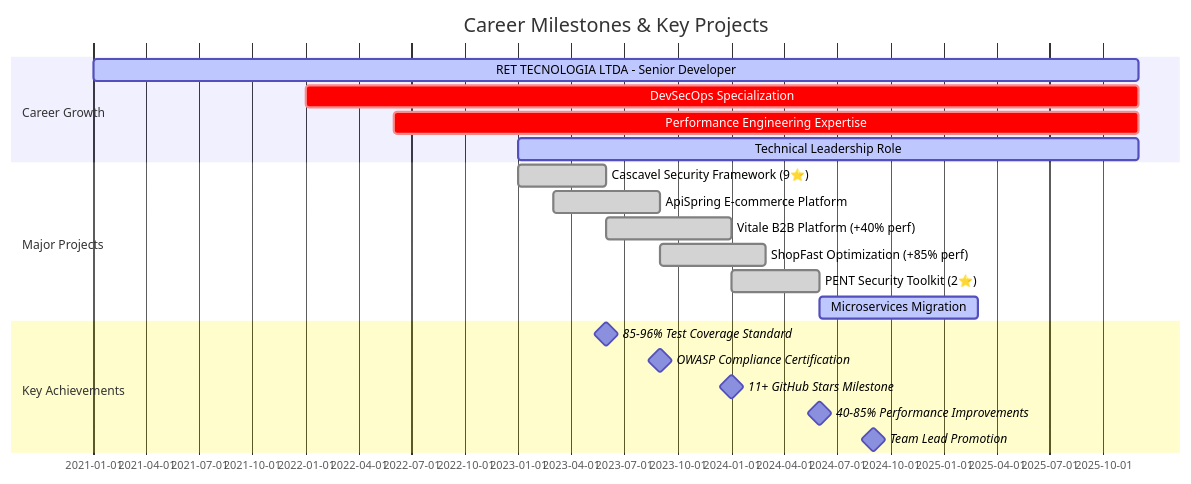
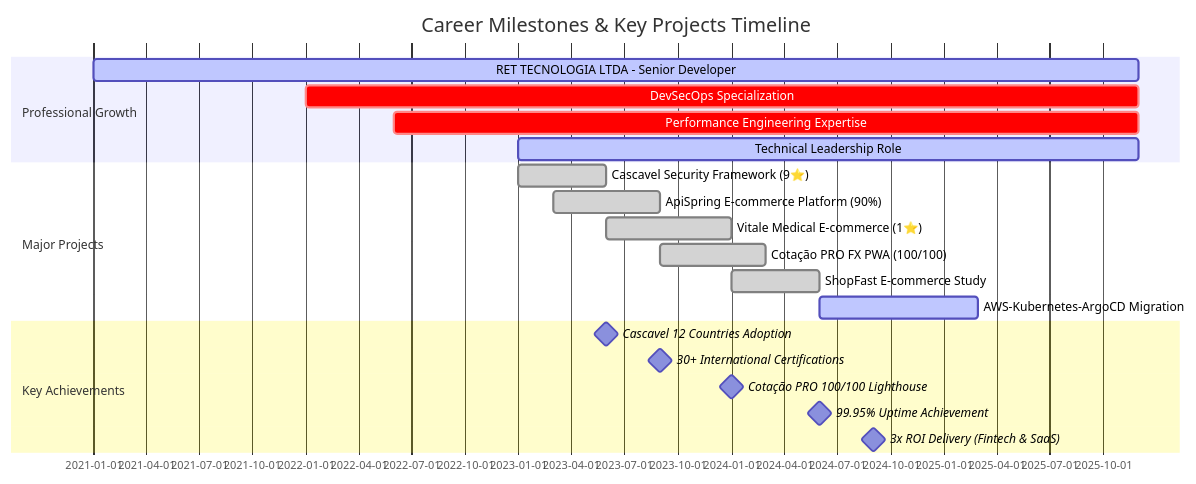
One commit to glferreira-devsecops/glferreira-devsecops changed the third of 4 diagrams in README.md. Above: the diagram before and after it, drawn with Mermaid. The commit also changed other lines of this file, not shown here.

````diff
--- a/README.md
+++ b/README.md
@@ -730,26 +848,26 @@
 ```mermaid
 gantt
-    title Career Milestones & Key Projects
+    title Career Milestones & Key Projects Timeline
     dateFormat YYYY-MM
 
-    section Career Growth
+    section Professional Growth
     RET TECNOLOGIA LTDA - Senior Developer :active, 2021-01, 2025-12
     DevSecOps Specialization :crit, 2022-01, 2025-12
     Performance Engineering Expertise :crit, 2022-06, 2025-12
     Technical Leadership Role :active, 2023-01, 2025-12
 
     section Major Projects
     Cascavel Security Framework (9⭐) :done, 2023-01, 2023-06
-    ApiSpring E-commerce Platform :done, 2023-03, 2023-09
-    Vitale B2B Platform (+40% perf) :done, 2023-06, 2024-01
-    ShopFast Optimization (+85% perf) :done, 2023-09, 2024-03
-    PENT Security Toolkit (2⭐) :done, 2024-01, 2024-06
-    Microservices Migration :active, 2024-06, 2025-03
+    ApiSpring E-commerce Platform (90%) :done, 2023-03, 2023-09
+    Vitale Medical E-commerce (1⭐) :done, 2023-06, 2024-01
+    Cotação PRO FX PWA (100/100) :done, 2023-09, 2024-03
+    ShopFast E-commerce Study :done, 2024-01, 2024-06
+    AWS-Kubernetes-ArgoCD Migration :active, 2024-06, 2025-03
 
     section Key Achievements
-    85-96% Test Coverage Standard :milestone, 2023-06, 0d
-    OWASP Compliance Certification :milestone, 2023-09, 0d
-    11+ GitHub Stars Milestone :milestone, 2024-01, 0d
-    40-85% Performance Improvements :milestone, 2024-06, 0d
-    Team Lead Promotion :milestone, 2024-09, 0d
+    Cascavel 12 Countries Adoption :milestone, 2023-06, 0d
+    30+ International Certifications :milestone, 2023-09, 0d
+    Cotação PRO 100/100 Lighthouse :milestone, 2024-01, 0d
+    99.95% Uptime Achievement :milestone, 2024-06, 0d
+    3x ROI Delivery (Fintech & SaaS) :milestone, 2024-09, 0d
 ```
````
